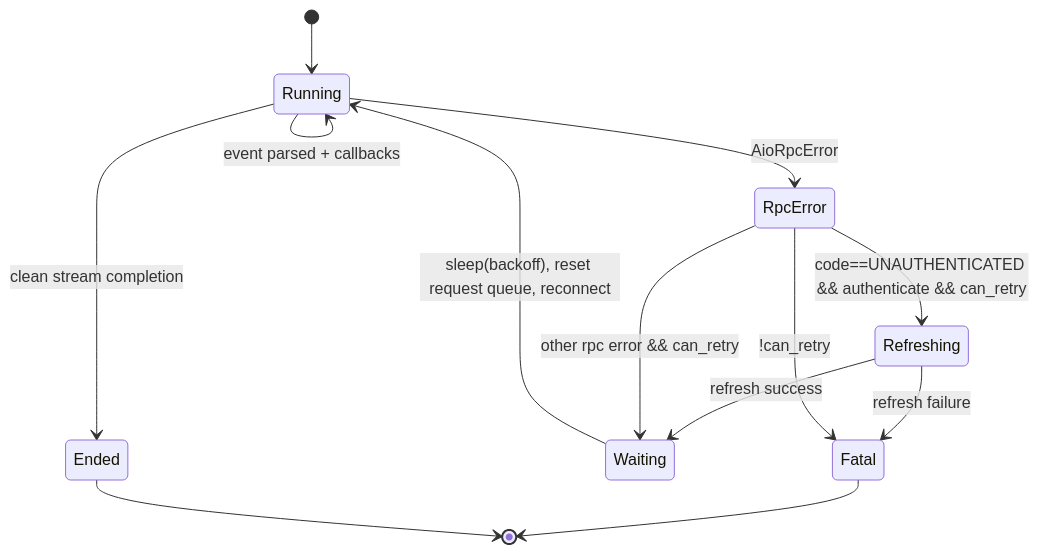
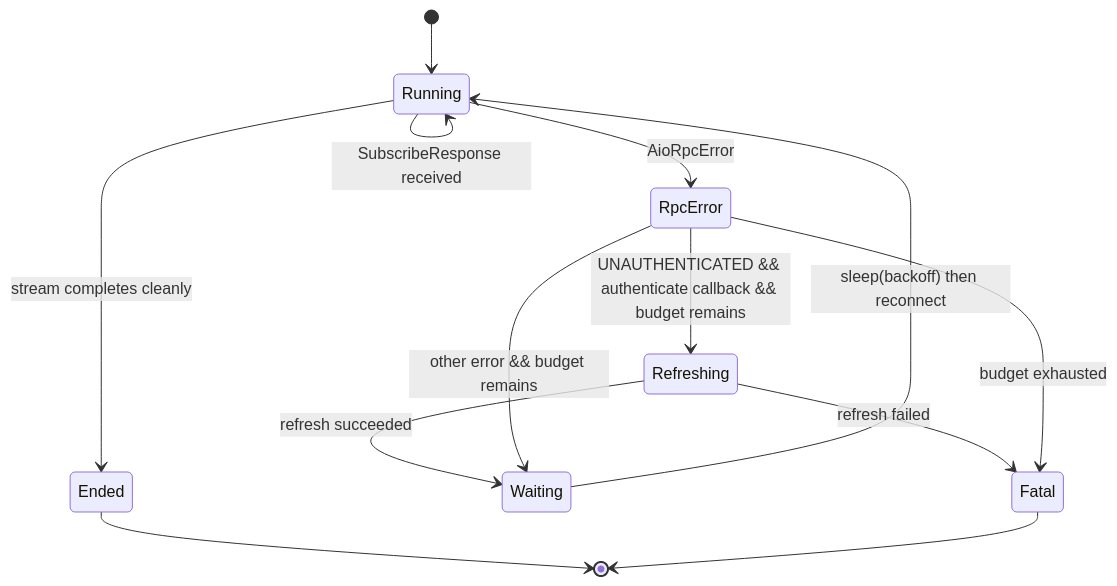
The second of 2 diagrams in docs/protocol/streaming-protocol.md (eman/quilt-hp-python), drawn with Mermaid before and after one commit. The commit also changed other lines of this file and 27 other files, not shown here.

````diff
--- a/docs/protocol/streaming-protocol.md
+++ b/docs/protocol/streaming-protocol.md
@@ -145,18 +106,18 @@
 ```mermaid
 stateDiagram-v2
     [*] --> Running
-    Running --> Running: event parsed + callbacks
-    Running --> Ended: clean stream completion
+    Running --> Running: SubscribeResponse received
+    Running --> Ended: stream completes cleanly
     Running --> RpcError: AioRpcError
 
-    RpcError --> Refreshing: code==UNAUTHENTICATED && authenticate && can_retry
-    Refreshing --> Waiting: refresh success
-    Refreshing --> Fatal: refresh failure
+    RpcError --> Refreshing: UNAUTHENTICATED && authenticate callback && budget remains
+    Refreshing --> Waiting: refresh succeeded
+    Refreshing --> Fatal: refresh failed
 
-    RpcError --> Waiting: other rpc error && can_retry
-    RpcError --> Fatal: !can_retry
+    RpcError --> Waiting: other error && budget remains
+    RpcError --> Fatal: budget exhausted
 
-    Waiting --> Running: sleep(backoff), reset request queue, reconnect
+    Waiting --> Running: sleep(backoff) then reconnect
+    Ended --> [*]
     Fatal --> [*]
-    Ended --> [*]
 ```
````
